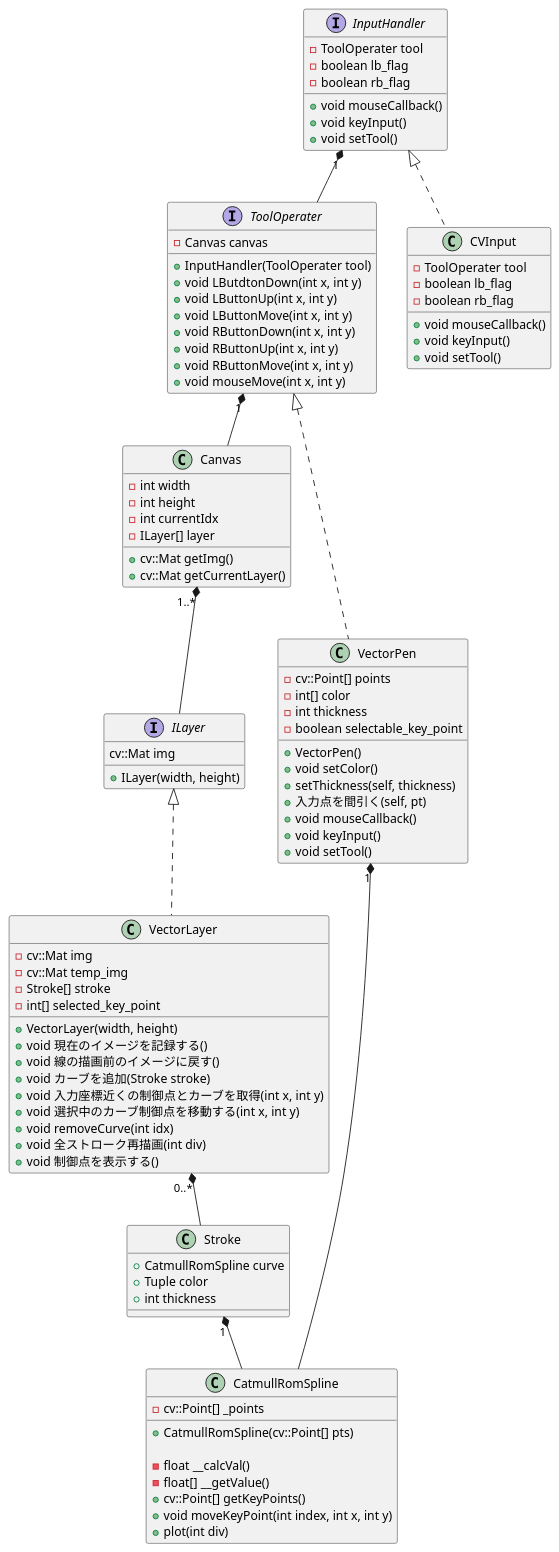
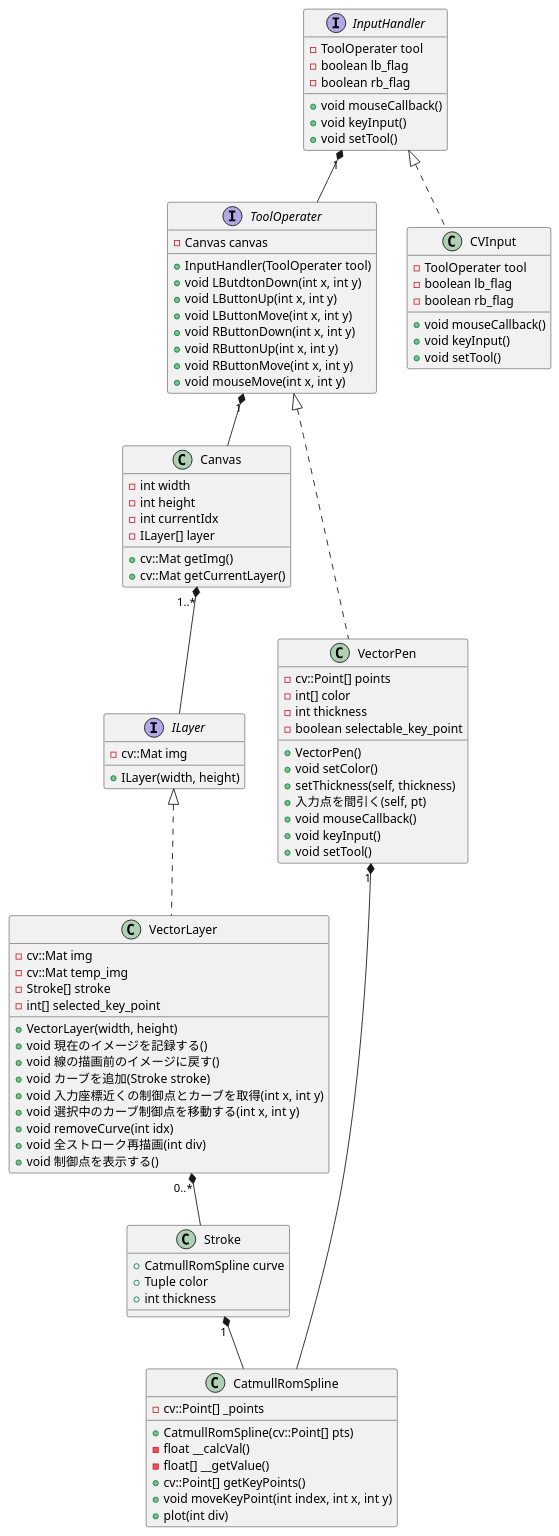
Before and after one commit to kazumax75/Vector-stroke-application-like-clipstudio: the diagram in uml.wsd, drawn with PlantUML.

Commit message:
UML図更新

```diff
--- a/uml.wsd
+++ b/uml.wsd
@@ -1,115 +1,109 @@
 @startuml
 
 
 interface ILayer{
-    cv::Mat img
+    -cv::Mat img
     +ILayer(width, height)
 }
 interface ToolOperater{
     -Canvas canvas
     +InputHandler(ToolOperater tool)
     +void LButdtonDown(int x, int y)
     +void LButtonUp(int x, int y)
     +void LButtonMove(int x, int y)
     +void RButtonDown(int x, int y)
     +void RButtonUp(int x, int y)
     +void RButtonMove(int x, int y)
     +void mouseMove(int x, int y)
 
 }
 interface InputHandler{
     -ToolOperater tool
     -boolean lb_flag
     -boolean rb_flag
     
     +void mouseCallback()
     +void keyInput()
     +void setTool()
 }
 
 
 class Canvas{
     -int width
     -int height
     -int currentIdx
     -ILayer[] layer
     
     +cv::Mat getImg()
     +cv::Mat getCurrentLayer()
 }
 
 class Stroke{
     +CatmullRomSpline curve
     +Tuple color
     +int thickness
 }
 
 class VectorLayer implements ILayer {
     -cv::Mat img
     -cv::Mat temp_img
     -Stroke[] stroke
     -int[] selected_key_point
     
     +VectorLayer(width, height)
     +void 現在のイメージを記録する()
     +void 線の描画前のイメージに戻す()
     +void カーブを追加(Stroke stroke)
     +void 入力座標近くの制御点とカーブを取得(int x, int y)
     +void 選択中のカーブ制御点を移動する(int x, int y)
     +void removeCurve(int idx)
     +void 全ストローク再描画(int div)
     +void 制御点を表示する()
 }
 
 class VectorPen implements ToolOperater {
     
     -cv::Point[] points
     -int[] color
     -int thickness
     -boolean selectable_key_point
     
     +VectorPen()
     +void setColor()
     +setThickness(self, thickness)
     +入力点を間引く(self, pt)
     +void mouseCallback()
     +void keyInput()
     +void setTool()
     
     
 }
 
 class CVInput implements InputHandler {
     -ToolOperater tool
     -boolean lb_flag
     -boolean rb_flag
     
     +void mouseCallback()
     +void keyInput()
     +void setTool()
 }
 
 class CatmullRomSpline{
     -cv::Point[] _points
-    
-    
     +CatmullRomSpline(cv::Point[] pts)
-    
     -float __calcVal()
     -float[] __getValue()
     +cv::Point[] getKeyPoints()
     +void moveKeyPoint(int index, int x, int y)
     +plot(int div)
 }
 
 Canvas "1..*" *-- ILayer
 InputHandler "1" *-- ToolOperater
 ToolOperater "1" *-- Canvas
 VectorLayer "0..*" *-- Stroke
-
 VectorPen "1" *-- CatmullRomSpline
 Stroke "1" *-- CatmullRomSpline
 
-
-
 @enduml
```
